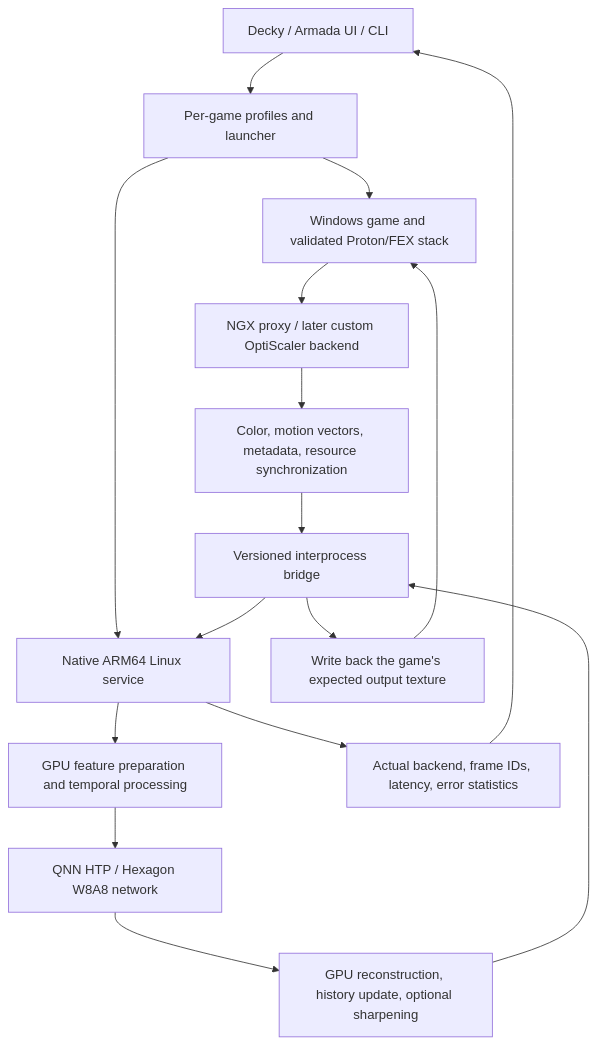
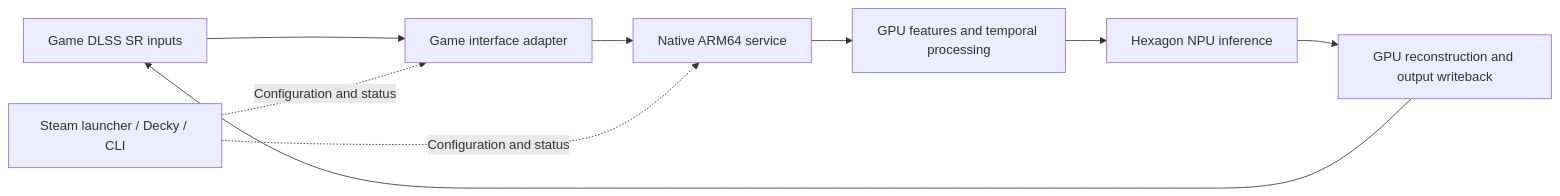
Before and after one commit to 54pkp/Decky-FSR4-to-Hexagon: the diagram in README.en.md, drawn with Mermaid. The commit also changed other lines of this file and 22 other files, not shown here.

````diff
--- a/README.en.md
+++ b/README.en.md
@@ -69,18 +23,11 @@
 ```mermaid
-flowchart TB
-    UI[Decky / Armada UI / CLI] --> P[Per-game profiles and launcher]
-    P --> G[Windows game and validated Proton/FEX stack]
-    P --> D[Native ARM64 Linux service]
-    G --> H[NGX proxy / later custom OptiScaler backend]
-    H --> C[Color, motion vectors, metadata, resource synchronization]
-    C --> B[Versioned interprocess bridge]
-    B --> D
-    D --> PRE[GPU feature preparation and temporal processing]
-    PRE --> N[QNN HTP / Hexagon W8A8 network]
-    N --> POST[GPU reconstruction, history update, optional sharpening]
-    POST --> B
-    B --> O[Write back the game's expected output texture]
-    O --> G
-    D --> T[Actual backend, frame IDs, latency, error statistics]
-    T --> UI
+flowchart LR
+    G[Game DLSS SR inputs] --> A[Game interface adapter]
+    A --> S[Native ARM64 service]
+    S --> P[GPU features and temporal processing]
+    P --> N[Hexagon NPU inference]
+    N --> R[GPU reconstruction and output writeback]
+    R --> G
+    U[Steam launcher / Decky / CLI] -. Configuration and status .-> A
+    U -. Configuration and status .-> S
 ```
````
